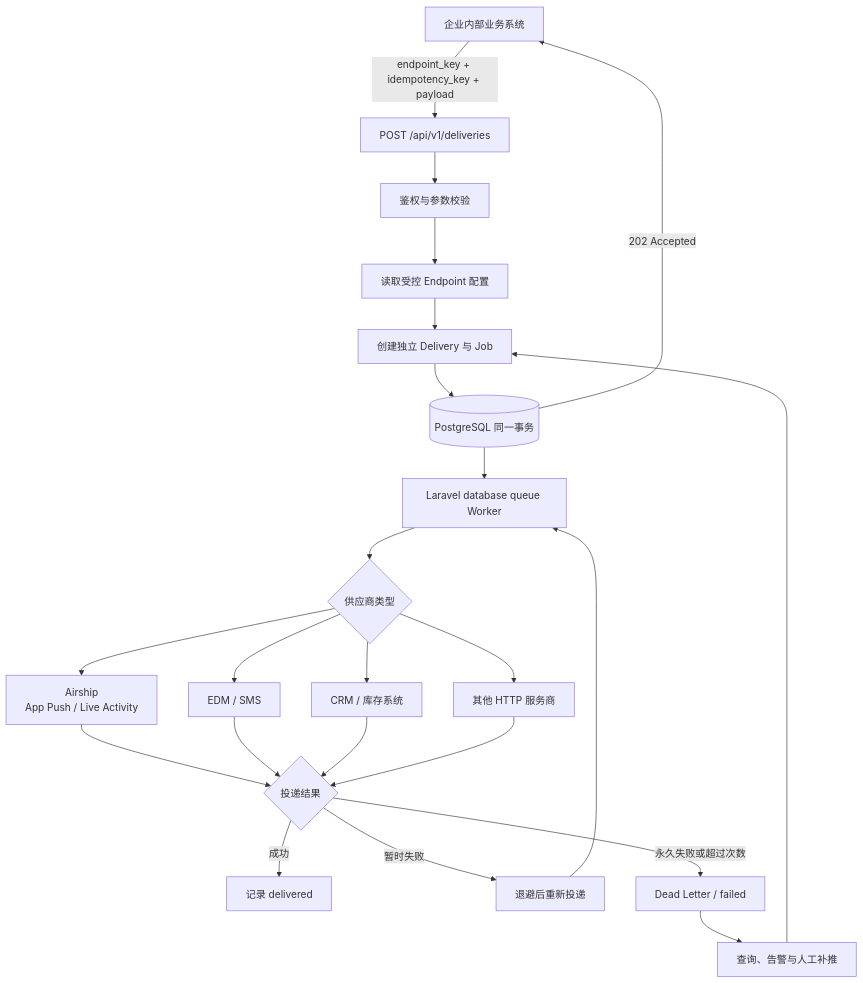
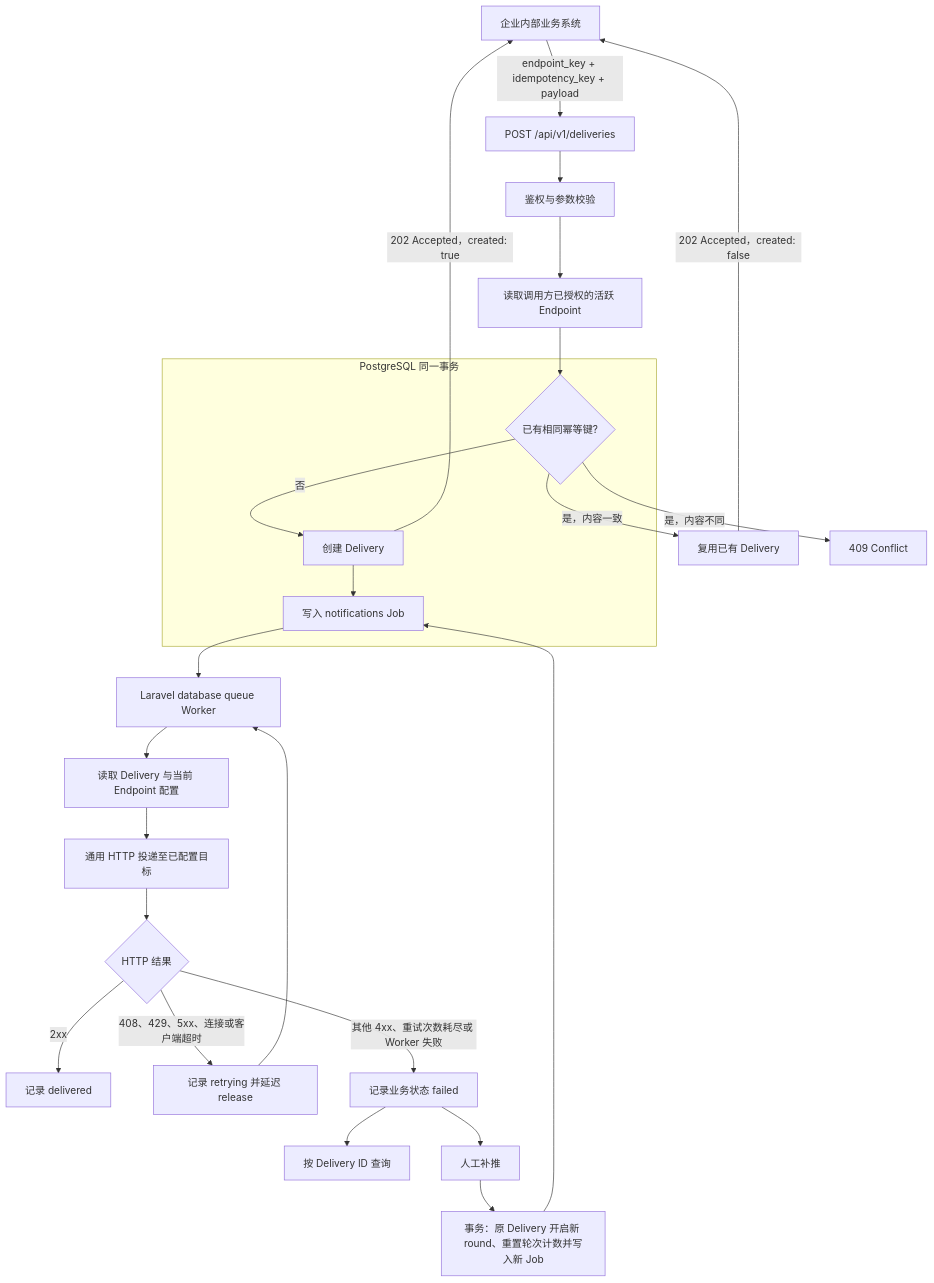
One commit to mikeah2011/rc_mikeah2011 changed the diagram in README.md. Above: the diagram before and after it, drawn with Mermaid. The commit also changed other lines of this file and 3 other files, not shown here.

````diff
--- a/README.md
+++ b/README.md
@@ -53,27 +53,30 @@
 ```mermaid
 flowchart TD
     A[企业内部业务系统] -->|endpoint_key + idempotency_key + payload| B[POST /api/v1/deliveries]
     B --> C[鉴权与参数校验]
-    C --> E[读取受控 Endpoint 配置]
-    E --> F[创建独立 Delivery 与 Job]
-    F --> G[(PostgreSQL 同一事务)]
-    G -->|202 Accepted| A
-    G --> H[Laravel database queue Worker]
-    H --> I{供应商类型}
-    I --> J[Airship<br/>App Push / Live Activity]
-    I --> K[EDM / SMS]
-    I --> L[CRM / 库存系统]
-    I --> M[其他 HTTP 服务商]
-
-    J --> N{投递结果}
-    K --> N
-    L --> N
-    M --> N
-
-    N -->|成功| O[记录 delivered]
-    N -->|暂时失败| P[退避后重新投递]
-    P --> H
-    N -->|永久失败或超过次数| Q[Dead Letter / failed]
-    Q --> R[查询、告警与人工补推]
-    R --> F
+    C --> D[读取调用方已授权的活跃 Endpoint]
+    subgraph T[PostgreSQL 同一事务]
+        E{已有相同幂等键?}
+        F[创建 Delivery]
+        G[写入 notifications Job]
+    end
+    D --> E
+    E -->|否| F
+    F --> G
+    E -->|是，内容一致| H[复用已有 Delivery]
+    E -->|是，内容不同| I[409 Conflict]
+    F -->|202 Accepted，created: true| A
+    H -->|202 Accepted，created: false| A
+    G --> J[Laravel database queue Worker]
+    J --> K[读取 Delivery 与当前 Endpoint 配置]
+    K --> L[通用 HTTP 投递至已配置目标]
+    L --> M{HTTP 结果}
+    M -->|2xx| N[记录 delivered]
+    M -->|408、429、5xx、连接或客户端超时| O[记录 retrying 并延迟 release]
+    O --> J
+    M -->|其他 4xx、重试次数耗尽或 Worker 失败| P[记录业务状态 failed]
+    P --> Q[按 Delivery ID 查询]
+    P --> R[人工补推]
+    R --> S[事务：原 Delivery 开启新 round、重置轮次计数并写入新 Job]
+    S --> G
 ```
````
